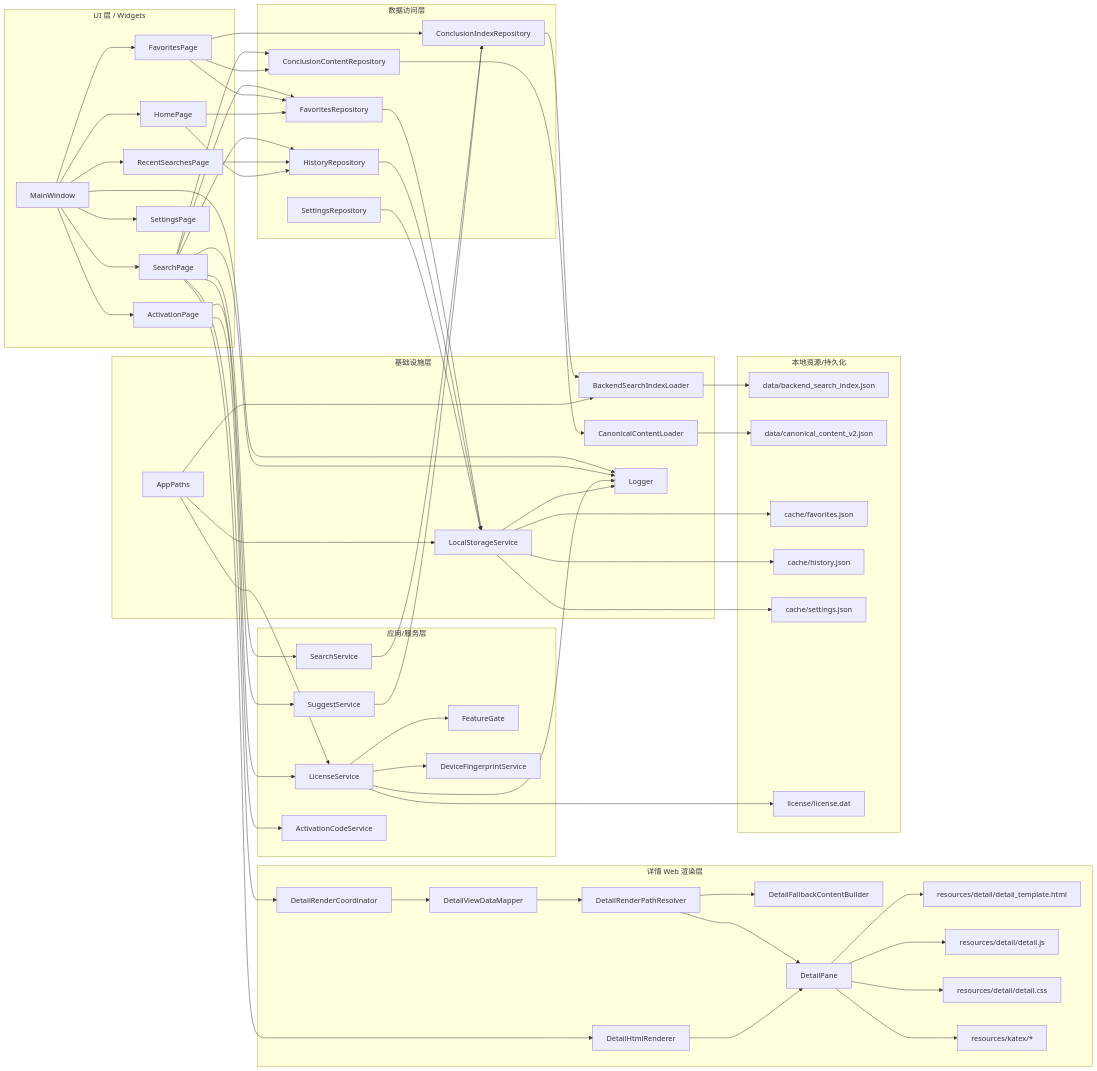
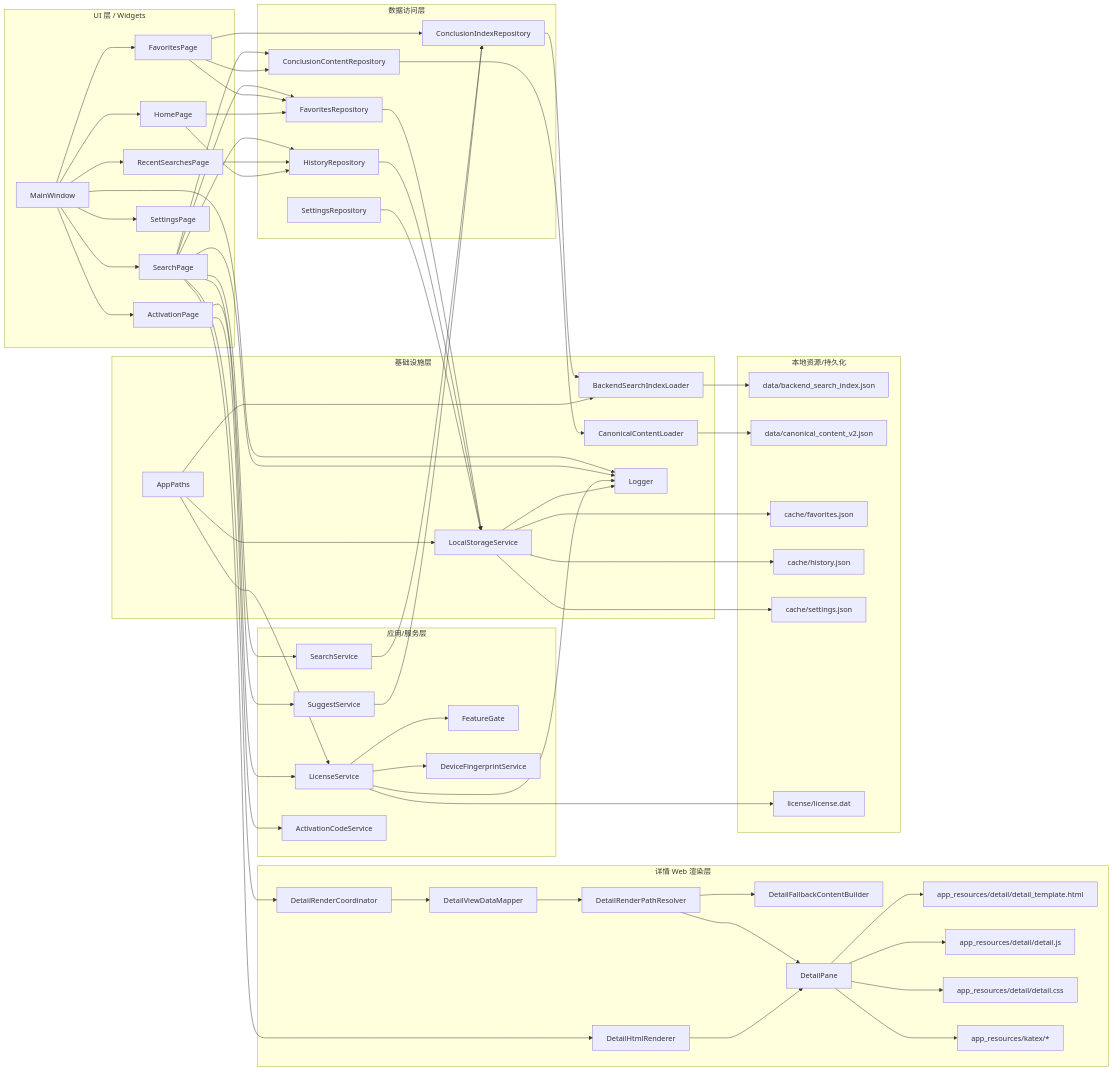
The first of 2 diagrams in docs/system_architecture.md (yfchenggithub/math_search_win), drawn with Mermaid before and after one commit. The commit also changed other lines of this file and 88 other files, not shown here.

```diff
--- a/docs/system_architecture.md
+++ b/docs/system_architecture.md
@@ -104,10 +104,10 @@
     DFB[DetailFallbackContentBuilder]
     DHR[DetailHtmlRenderer]
     DP[DetailPane]
-    HTML[resources/detail/detail_template.html]
-    JS[resources/detail/detail.js]
-    CSS[resources/detail/detail.css]
-    KATEX[resources/katex/*]
+    HTML[app_resources/detail/detail_template.html]
+    JS[app_resources/detail/detail.js]
+    CSS[app_resources/detail/detail.css]
+    KATEX[app_resources/katex/*]
   end
 
   subgraph Data[本地资源/持久化]
```
